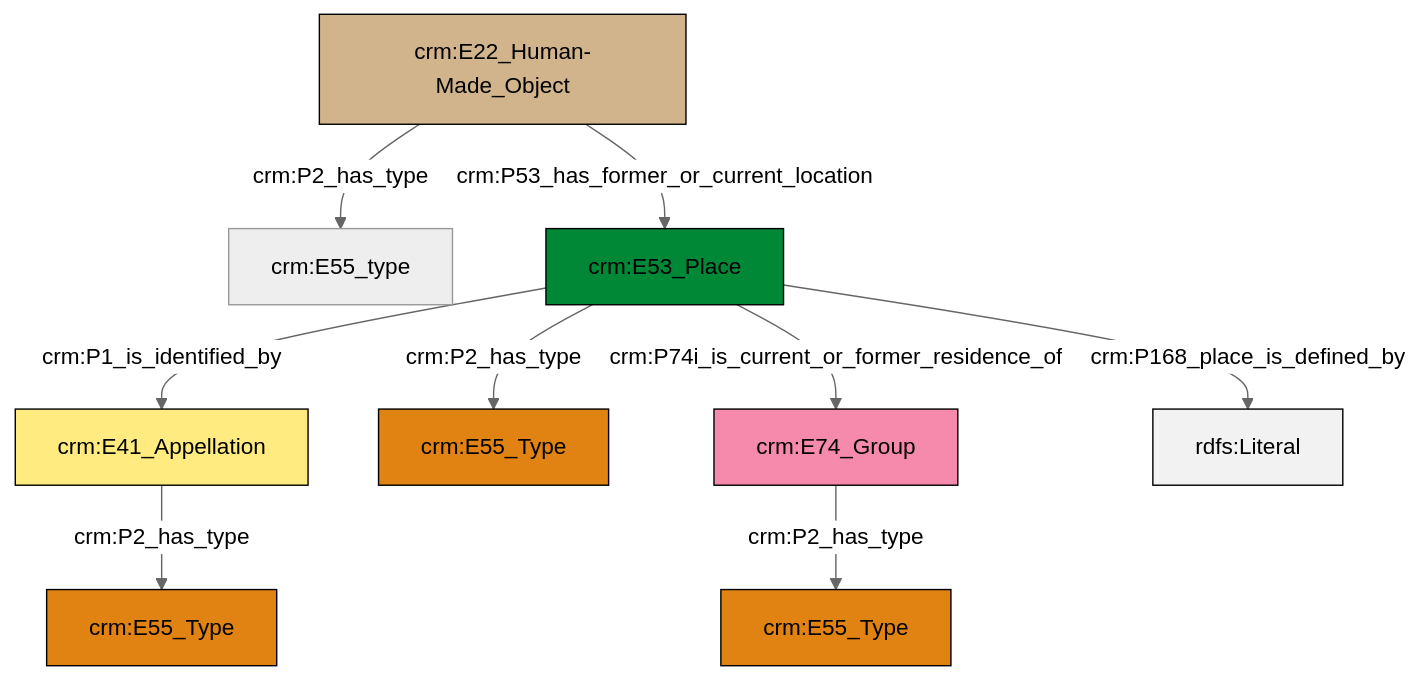
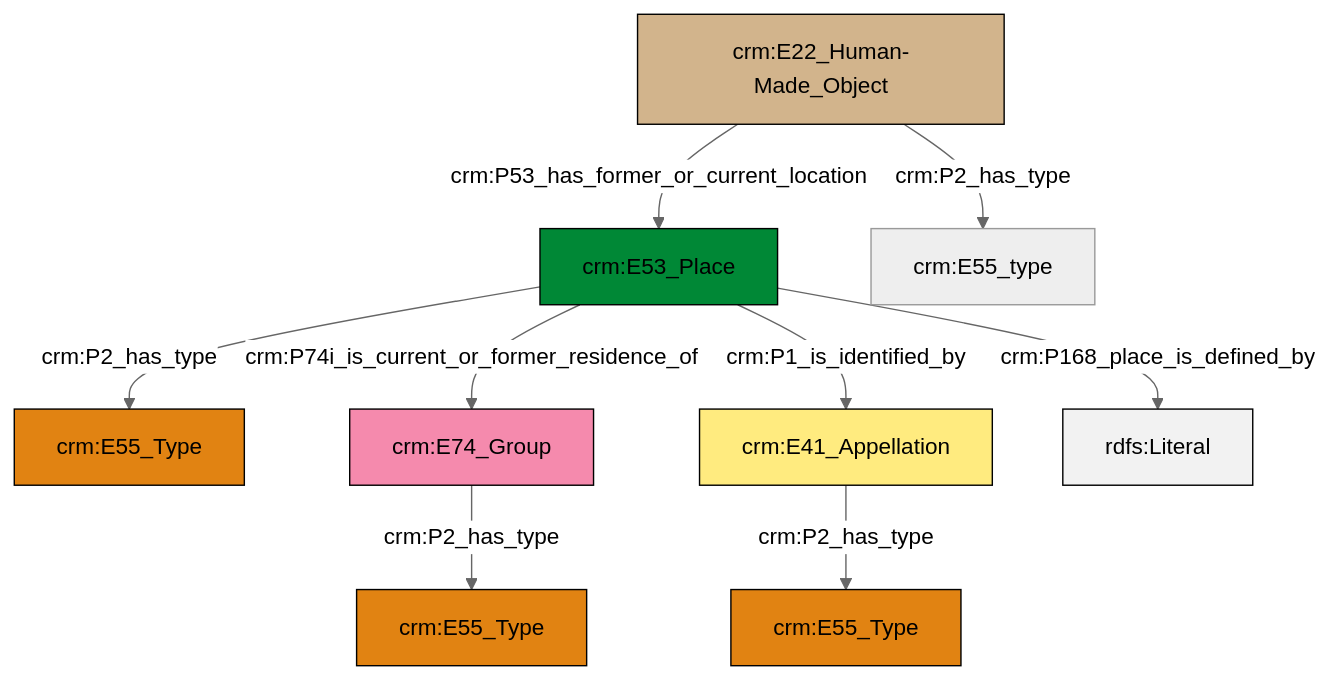
One commit to swiss-art-research-net/docs.swissartresearch changed the diagram in et/artworkCSV/ttl/mmd/Artwork_Location.ttl.mmd. Above: the diagram before and after it, drawn with Mermaid (neutral theme). The commit also changed 178 other files, not shown here.

```diff
--- a/et/artworkCSV/ttl/mmd/Artwork_Location.ttl.mmd
+++ b/et/artworkCSV/ttl/mmd/Artwork_Location.ttl.mmd
@@ -1,23 +1,23 @@
 graph TD
 classDef Literal fill:#f2f2f2,stroke:#000000;
 classDef CRM_Entity fill:#FFFFFF,stroke:#000000;
 classDef Temporal_Entity fill:#00C9E6, stroke:#000000;
 classDef Type fill:#E18312, stroke:#000000;
 classDef Time-Span fill:#2C9C91, stroke:#000000;
 classDef Appellation fill:#FFEB7F, stroke:#000000;
 classDef Place fill:#008836, stroke:#000000;
 classDef Persistent_Item fill:#B266B2, stroke:#000000;
 classDef Conceptual_Object fill:#FFD700, stroke:#000000;
 classDef Physical_Thing fill:#D2B48C, stroke:#000000;
 classDef Actor fill:#f58aad, stroke:#000000;
 classDef PC_Classes fill:#4ce600, stroke:#000000;
 classDef Multi fill:#cccccc,stroke:#000000;
 
-2["crm:E74_Group"]:::Actor -->|crm:P2_has_type| 4["crm:E55_Type"]:::Type
-5["crm:E22_Human-Made_Object"]:::Physical_Thing -->|crm:P53_has_former_or_current_location| 13["crm:E53_Place"]:::Place
-13["crm:E53_Place"]:::Place -->|crm:P168_place_is_defined_by| 16[rdfs:Literal]:::Literal
-13["crm:E53_Place"]:::Place -->|crm:P1_is_identified_by| 11["crm:E41_Appellation"]:::Appellation
-13["crm:E53_Place"]:::Place -->|crm:P2_has_type| 9["crm:E55_Type"]:::Type
-13["crm:E53_Place"]:::Place -->|crm:P74i_is_current_or_former_residence_of| 2["crm:E74_Group"]:::Actor
-5["crm:E22_Human-Made_Object"]:::Physical_Thing -->|crm:P2_has_type| 7["crm:E55_type"]:::Default
-11["crm:E41_Appellation"]:::Appellation -->|crm:P2_has_type| 0["crm:E55_Type"]:::Type
+6["crm:E74_Group"]:::Actor -->|crm:P2_has_type| 2["crm:E55_Type"]:::Type
+8["crm:E53_Place"]:::Place -->|crm:P74i_is_current_or_former_residence_of| 6["crm:E74_Group"]:::Actor
+11["crm:E41_Appellation"]:::Appellation -->|crm:P2_has_type| 9["crm:E55_Type"]:::Type
+8["crm:E53_Place"]:::Place -->|crm:P2_has_type| 0["crm:E55_Type"]:::Type
+8["crm:E53_Place"]:::Place -->|crm:P1_is_identified_by| 11["crm:E41_Appellation"]:::Appellation
+4["crm:E22_Human-Made_Object"]:::Physical_Thing -->|crm:P2_has_type| 13["crm:E55_type"]:::Default
+8["crm:E53_Place"]:::Place -->|crm:P168_place_is_defined_by| 17[rdfs:Literal]:::Literal
+4["crm:E22_Human-Made_Object"]:::Physical_Thing -->|crm:P53_has_former_or_current_location| 8["crm:E53_Place"]:::Place
```
